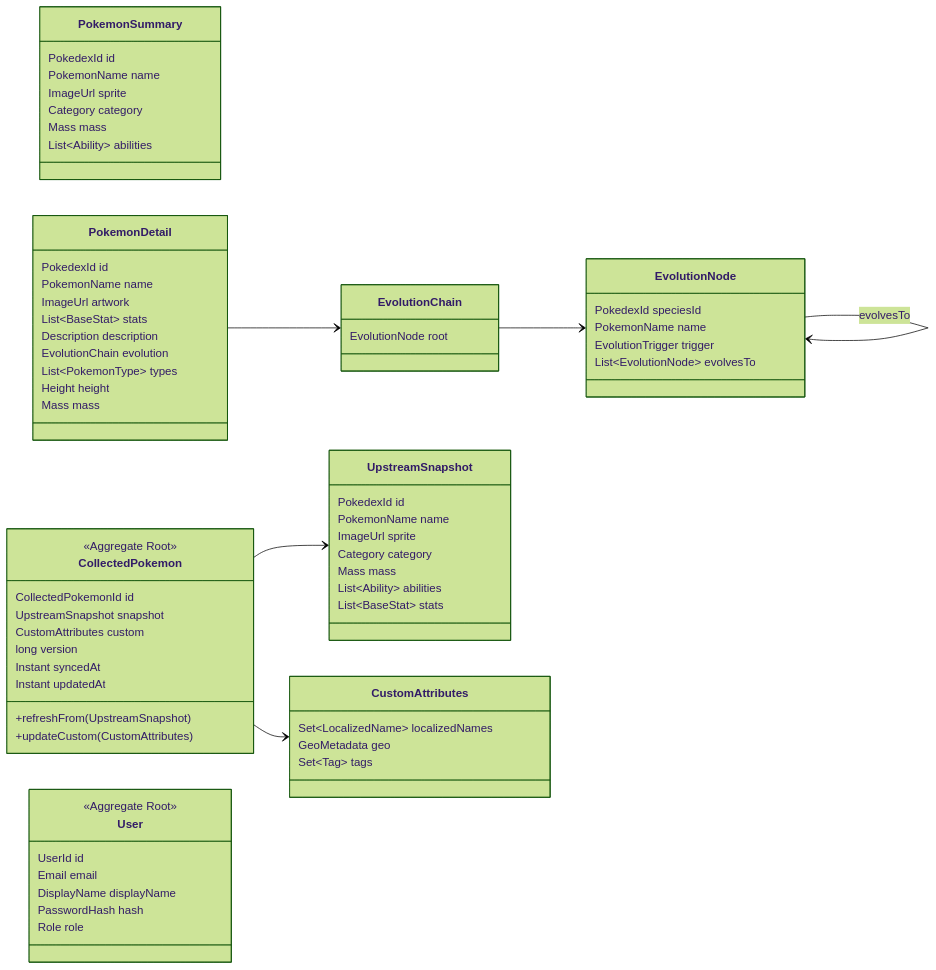
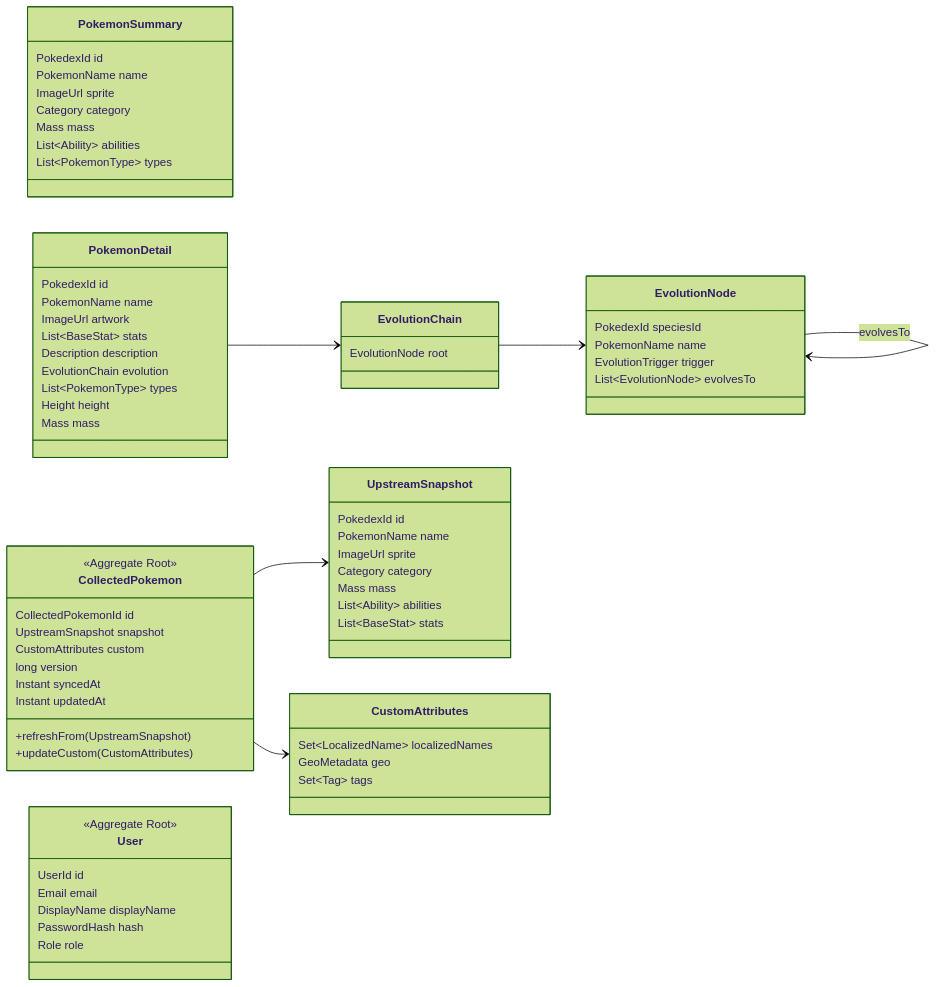
The first of 5 diagrams in docs/architecture.md (thaisc98/pokedex-fullstack), drawn with Mermaid (forest theme) before and after one commit. The commit also changed other lines of this file and 6 other files, not shown here.

````diff
--- a/docs/architecture.md
+++ b/docs/architecture.md
@@ -56,68 +56,69 @@
 ```mermaid
 classDiagram
     direction LR
     class PokemonSummary {
       PokedexId id
       PokemonName name
       ImageUrl sprite
       Category category
       Mass mass
       List~Ability~ abilities
+      List~PokemonType~ types
     }
     class PokemonDetail {
       PokedexId id
       PokemonName name
       ImageUrl artwork
       List~BaseStat~ stats
       Description description
       EvolutionChain evolution
       List~PokemonType~ types
       Height height
       Mass mass
     }
     class EvolutionChain { EvolutionNode root }
     class EvolutionNode {
       PokedexId speciesId
       PokemonName name
       EvolutionTrigger trigger
       List~EvolutionNode~ evolvesTo
     }
     class CollectedPokemon {
       <<Aggregate Root>>
       CollectedPokemonId id
       UpstreamSnapshot snapshot
       CustomAttributes custom
       long version
       Instant syncedAt
       Instant updatedAt
       +refreshFrom(UpstreamSnapshot)
       +updateCustom(CustomAttributes)
     }
     class UpstreamSnapshot {
       PokedexId id
       PokemonName name
       ImageUrl sprite
       Category category
       Mass mass
       List~Ability~ abilities
       List~BaseStat~ stats
     }
     class CustomAttributes {
       Set~LocalizedName~ localizedNames
       GeoMetadata geo
       Set~Tag~ tags
     }
     class User {
       <<Aggregate Root>>
       UserId id
       Email email
       DisplayName displayName
       PasswordHash hash
       Role role
     }
     PokemonDetail --> EvolutionChain
     EvolutionChain --> EvolutionNode
     EvolutionNode --> EvolutionNode : evolvesTo
     CollectedPokemon --> UpstreamSnapshot
     CollectedPokemon --> CustomAttributes
 ```
````
